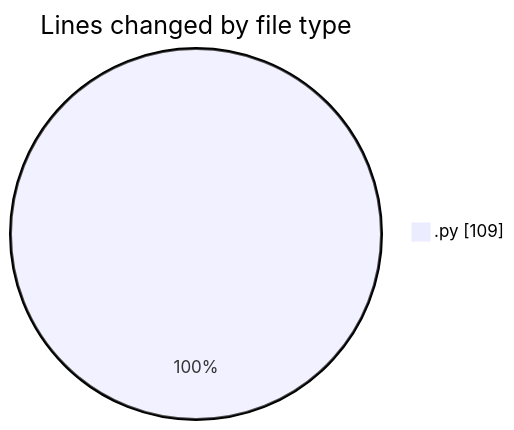
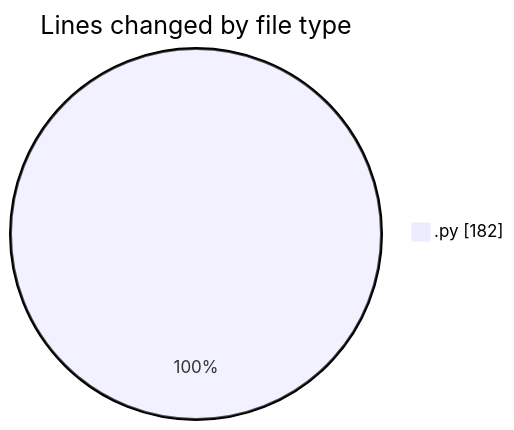
Before and after one commit to MatusMokan/code-tracking: the first of 2 diagrams in 2025-06-02/myws__workspace_/README.md, drawn with Mermaid. The commit also changed other lines of this file and 1 other file, not shown here.

````diff
--- a/2025-06-02/myws__workspace_/README.md
+++ b/2025-06-02/myws__workspace_/README.md
@@ -20,5 +20,5 @@
 ```mermaid
 pie showData
 title Lines changed by file type
-".py" : 109
+".py" : 182
 ```
````
